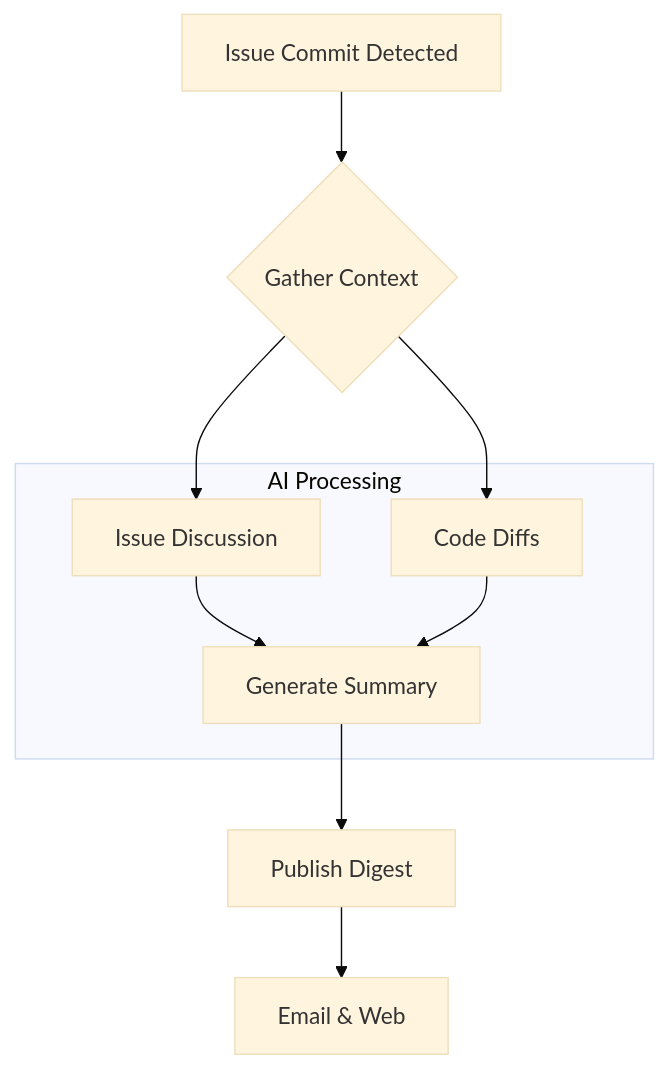
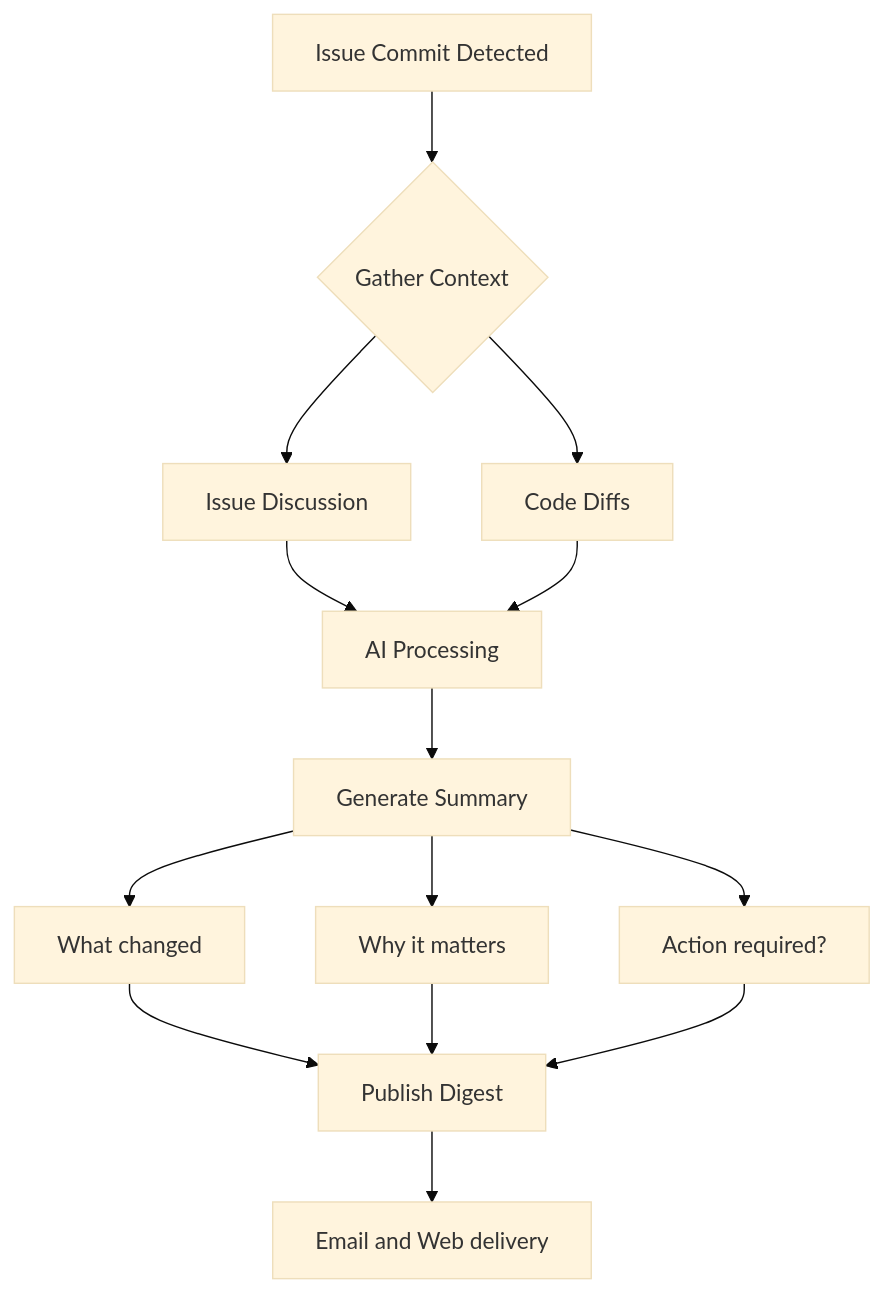
One commit to victorstack-ai/agent-blog changed the diagram in blog/2026-02-21-dries-buytaert-introduces-drupal-digests.md. Above: the diagram before and after it, drawn with Mermaid (base theme). The commit also changed other lines of this file and 117 other files, not shown here.

````diff
--- a/blog/2026-02-21-dries-buytaert-introduces-drupal-digests.md
+++ b/blog/2026-02-21-dries-buytaert-introduces-drupal-digests.md
@@ -26,12 +37,16 @@
 ```mermaid
-graph TD
-    A[Issue Commit Detected] --> B{Gather Context};
-    B --> C[Issue Discussion];
-    B --> D[Code Diffs];
-    subgraph AI Processing
-        C --> E;
-        D --> E[Generate Summary];
-    end
-    E --> F[Publish Digest];
-    F --> G[Email & Web];
+flowchart TD
+    A[Issue Commit Detected] --> B{Gather Context}
+    B --> C[Issue Discussion]
+    B --> D[Code Diffs]
+    C --> E[AI Processing]
+    D --> E
+    E --> F[Generate Summary]
+    F --> G[What changed]
+    F --> H[Why it matters]
+    F --> I[Action required?]
+    G --> J[Publish Digest]
+    H --> J
+    I --> J
+    J --> K[Email and Web delivery]
 ```
````
